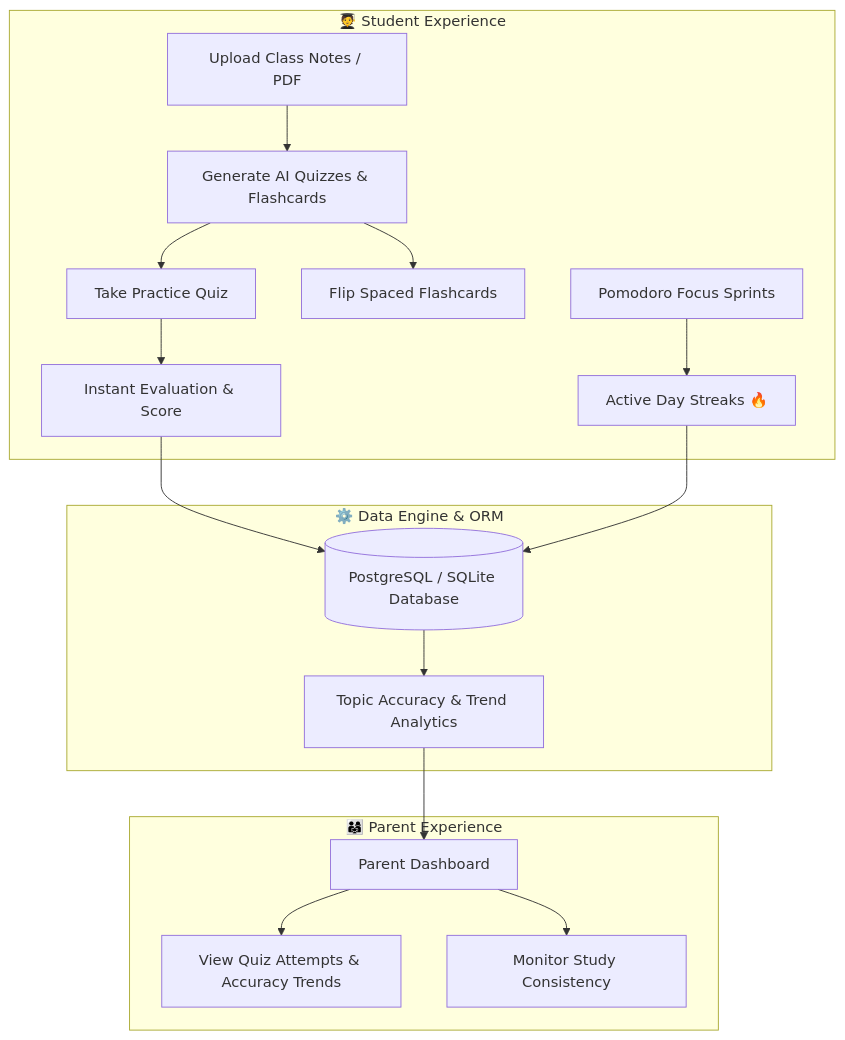
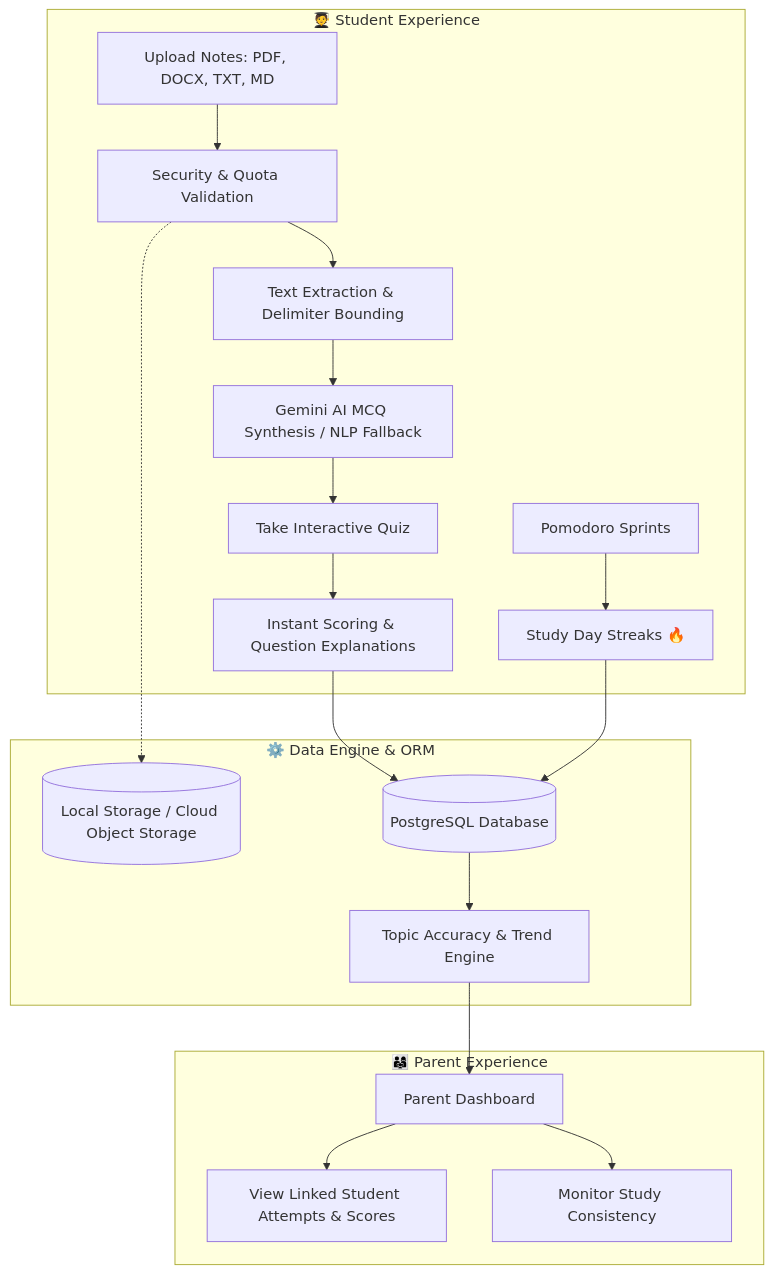
The diagram in README.md (Sayali283/StudyGrade), drawn with Mermaid before and after one commit. The commit also changed other lines of this file and 19 other files, not shown here.

Commit message:
Hardening: Django 6.0 security, upload validation, AI reliability, and storage abstraction

````diff
--- a/README.md
+++ b/README.md
@@ -45,22 +46,24 @@
 ```mermaid
 flowchart TD
     subgraph Student["🧑‍🎓 Student Experience"]
-        A[Upload Class Notes / PDF] --> B[Generate AI Quizzes & Flashcards]
-        B --> C[Take Practice Quiz]
-        B --> D[Flip Spaced Flashcards]
-        C --> E[Instant Evaluation & Score]
-        F[Pomodoro Focus Sprints] --> G[Active Day Streaks 🔥]
+        A[Upload Notes: PDF, DOCX, TXT, MD] --> B[Security & Quota Validation]
+        B --> C[Text Extraction & Delimiter Bounding]
+        C --> D[Gemini AI MCQ Synthesis / NLP Fallback]
+        D --> E[Take Interactive Quiz]
+        E --> F[Instant Scoring & Question Explanations]
+        G[Pomodoro Sprints] --> H[Study Day Streaks 🔥]
     end
 
     subgraph DataEngine["⚙️ Data Engine & ORM"]
-        E --> H[(PostgreSQL / SQLite Database)]
-        G --> H
-        H --> I[Topic Accuracy & Trend Analytics]
+        B -.-> Storage[(Local Storage / Cloud Object Storage)]
+        F --> DB[(PostgreSQL Database)]
+        H --> DB
+        DB --> Analytics[Topic Accuracy & Trend Engine]
     end
 
     subgraph Parent["👨‍👩‍👧 Parent Experience"]
-        I --> J[Parent Dashboard]
-        J --> K[View Quiz Attempts & Accuracy Trends]
+        Analytics --> J[Parent Dashboard]
+        J --> K[View Linked Student Attempts & Scores]
         J --> L[Monitor Study Consistency]
     end
 ```
````
